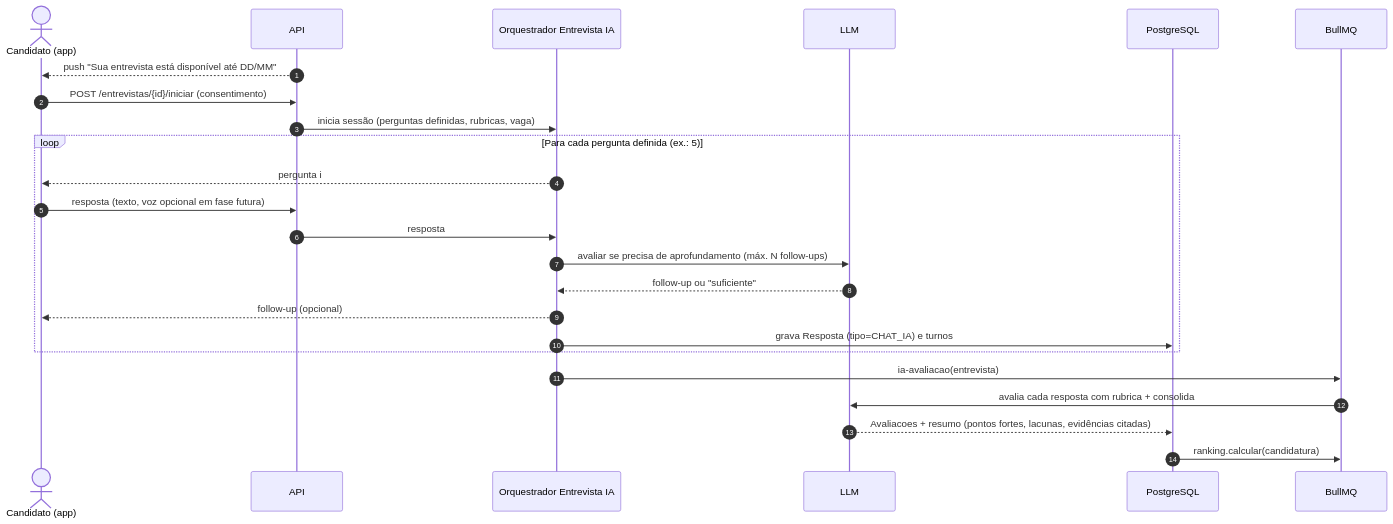
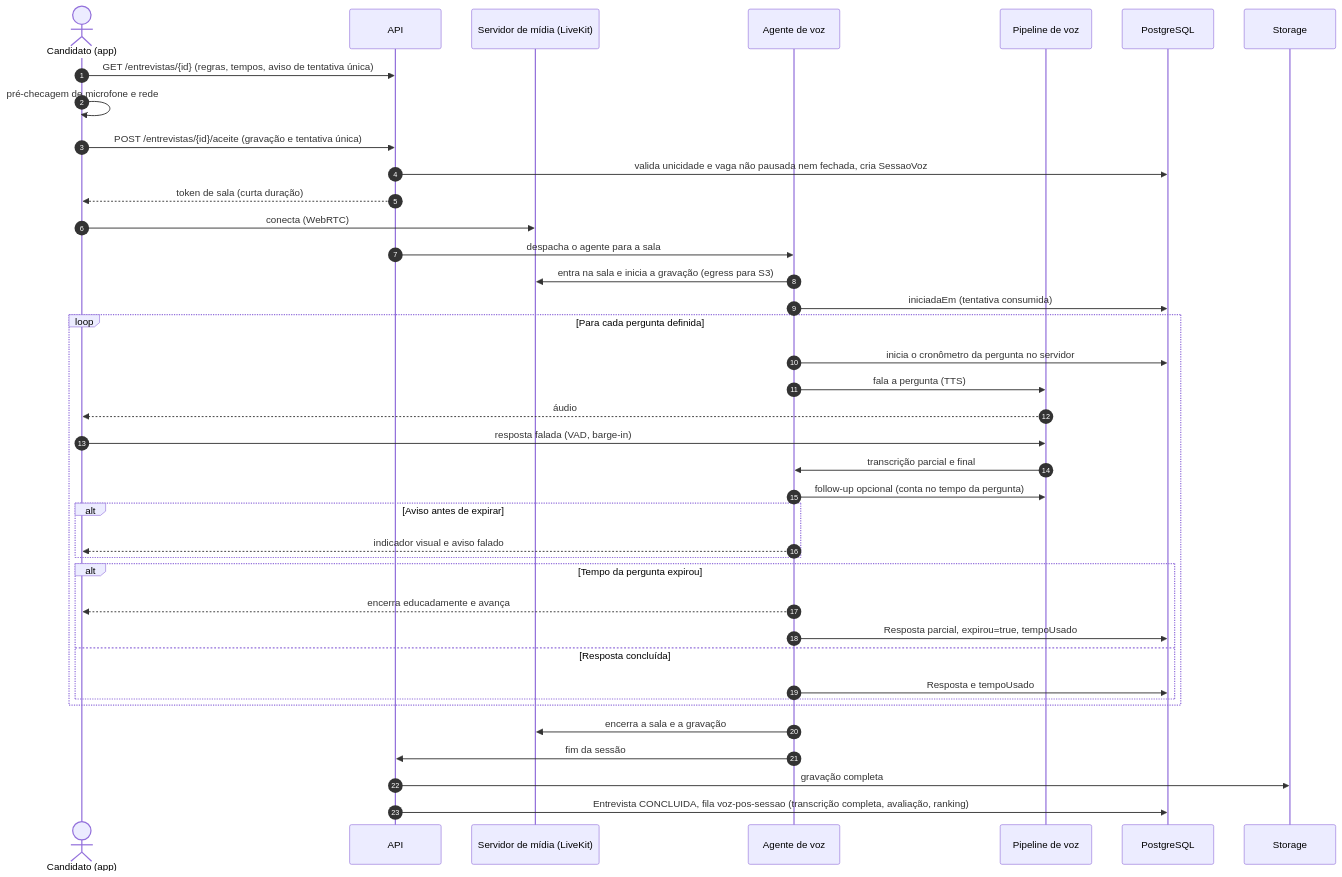
Diagram 15 of 18 in docs/plano-sistema.md (RenatoBS/sistema-candidatura-vagas), drawn with Mermaid before and after one commit. The commit also changed other lines of this file and 23 other files, not shown here.

First line of the commit message:
docs: incorpora decisões da revisão (voz em tempo real, 10 fases, regras de vaga e entrevista)

````diff
--- a/docs/plano-sistema.md
+++ b/docs/plano-sistema.md
@@ -713,26 +1133,41 @@
 ```mermaid
 sequenceDiagram
   autonumber
   actor C as Candidato (app)
   participant API as API
-  participant ORQ as Orquestrador Entrevista IA
-  participant LLM as LLM
+  participant LK as Servidor de mídia (LiveKit)
+  participant AG as Agente de voz
+  participant P as Pipeline de voz
   participant DB as PostgreSQL
-  participant Q as BullMQ
-  API-->>C: push "Sua entrevista está disponível até DD/MM"
-  C->>API: POST /entrevistas/{id}/iniciar (consentimento)
-  API->>ORQ: inicia sessão (perguntas definidas, rubricas, vaga)
-  loop Para cada pergunta definida (ex.: 5)
-    ORQ-->>C: pergunta i
-    C->>API: resposta (texto, voz opcional em fase futura)
-    API->>ORQ: resposta
-    ORQ->>LLM: avaliar se precisa de aprofundamento (máx. N follow-ups)
-    LLM-->>ORQ: follow-up ou "suficiente"
-    ORQ-->>C: follow-up (opcional)
-    ORQ->>DB: grava Resposta (tipo=CHAT_IA) e turnos
+  participant S3 as Storage
+  C->>API: GET /entrevistas/{id} (regras, tempos, aviso de tentativa única)
+  C->>C: pré-checagem de microfone e rede
+  C->>API: POST /entrevistas/{id}/aceite (gravação e tentativa única)
+  API->>DB: valida unicidade e vaga não pausada nem fechada, cria SessaoVoz
+  API-->>C: token de sala (curta duração)
+  C->>LK: conecta (WebRTC)
+  API->>AG: despacha o agente para a sala
+  AG->>LK: entra na sala e inicia a gravação (egress para S3)
+  AG->>DB: iniciadaEm (tentativa consumida)
+  loop Para cada pergunta definida
+    AG->>DB: inicia o cronômetro da pergunta no servidor
+    AG->>P: fala a pergunta (TTS)
+    P-->>C: áudio
+    C->>P: resposta falada (VAD, barge-in)
+    P->>AG: transcrição parcial e final
+    AG->>P: follow-up opcional (conta no tempo da pergunta)
+    alt Aviso antes de expirar
+      AG-->>C: indicador visual e aviso falado
+    end
+    alt Tempo da pergunta expirou
+      AG-->>C: encerra educadamente e avança
+      AG->>DB: Resposta parcial, expirou=true, tempoUsado
+    else Resposta concluída
+      AG->>DB: Resposta e tempoUsado
+    end
   end
-  ORQ->>Q: ia-avaliacao(entrevista)
-  Q->>LLM: avalia cada resposta com rubrica + consolida
-  LLM-->>DB: Avaliacoes + resumo (pontos fortes, lacunas, evidências citadas)
-  DB->>Q: ranking.calcular(candidatura)
+  AG->>LK: encerra a sala e a gravação
+  AG->>API: fim da sessão
+  API->>S3: gravação completa
+  API->>DB: Entrevista CONCLUIDA, fila voz-pos-sessao (transcrição completa, avaliação, ranking)
 ```
````
